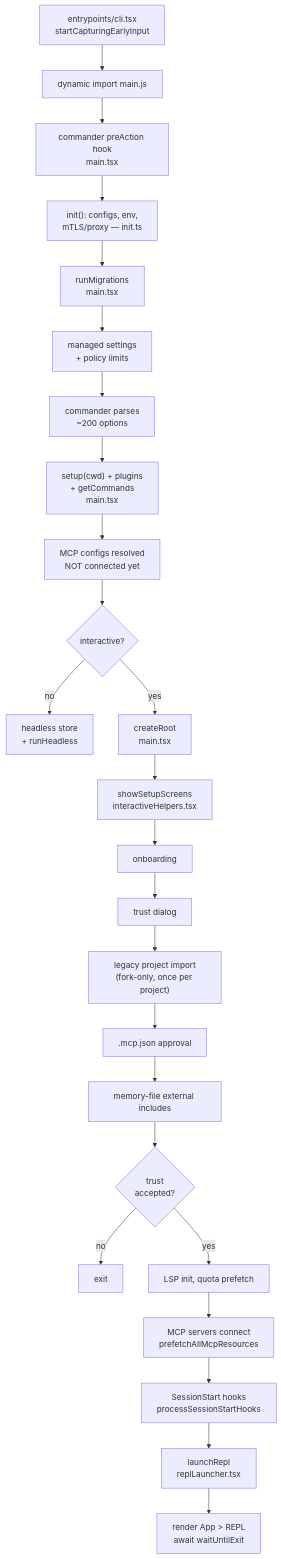
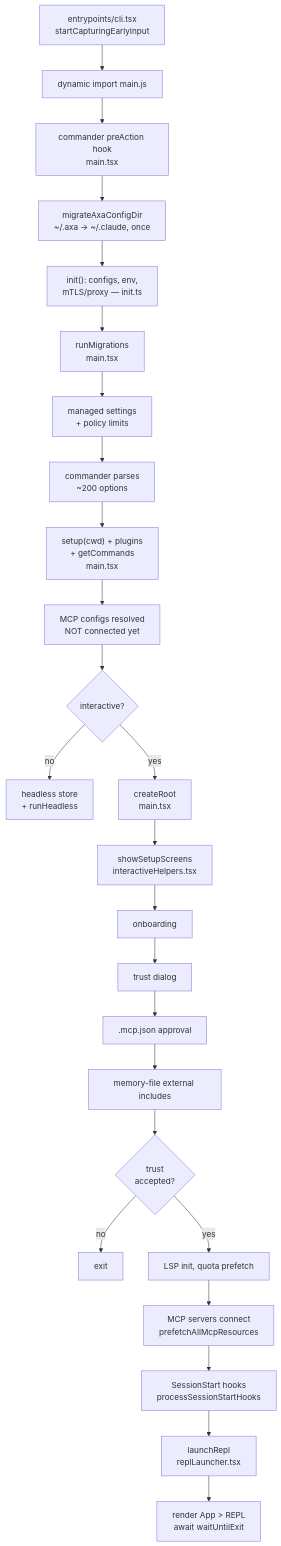
The second of 8 diagrams in docs/ARCHITECTURE.md (cristianizzo/axa-chat), drawn with Mermaid before and after one commit. The commit also changed other lines of this file and 5 other files, not shown here.

First line of the commit message:
fix: delete the Claude Code import, and document the migration in ARCHITECTURE

````diff
--- a/docs/ARCHITECTURE.md
+++ b/docs/ARCHITECTURE.md
@@ -149,27 +149,27 @@
 ```mermaid
 flowchart TD
     A["entrypoints/cli.tsx<br/>startCapturingEarlyInput"] --> B["dynamic import main.js"]
     B --> C["commander preAction hook<br/>main.tsx"]
-    C --> C1["init(): configs, env,<br/>mTLS/proxy — init.ts"]
+    C --> C0["migrateAxaConfigDir<br/>~/.axa → ~/.claude, once"]
+    C0 --> C1["init(): configs, env,<br/>mTLS/proxy — init.ts"]
     C1 --> C2["runMigrations<br/>main.tsx"]
     C2 --> C3["managed settings<br/>+ policy limits"]
     C3 --> D["commander parses<br/>~200 options"]
     D --> E["setup(cwd) + plugins<br/>+ getCommands<br/>main.tsx"]
     E --> F["MCP configs resolved<br/>NOT connected yet"]
     F --> G{"interactive?"}
     G -->|no| H["headless store<br/>+ runHeadless"]
     G -->|yes| I["createRoot<br/>main.tsx"]
     I --> J["showSetupScreens<br/>interactiveHelpers.tsx"]
     J --> J1["onboarding"]
     J1 --> J2["trust dialog"]
-    J2 --> J2a["legacy project import<br/>(fork-only, once per project)"]
-    J2a --> J3[".mcp.json approval"]
+    J2 --> J3[".mcp.json approval"]
     J3 --> J4["memory-file external includes"]
     J4 --> K{"trust<br/>accepted?"}
     K -->|no| L["exit"]
     K -->|yes| M["LSP init, quota prefetch"]
     M --> N["MCP servers connect<br/>prefetchAllMcpResources"]
     N --> O["SessionStart hooks<br/>processSessionStartHooks"]
     O --> P["launchRepl<br/>replLauncher.tsx"]
     P --> Q["render App > REPL<br/>await waitUntilExit"]
 ```
````
